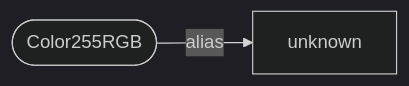
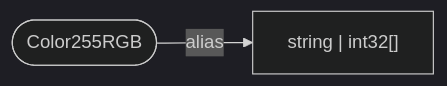
One commit to bedrock-v/protocol-docs changed the diagram in schemas/types/Color255RGB.md. Above: the diagram before and after it, drawn with Mermaid (dark theme). The commit also changed 114 other files, not shown here.

````diff
--- a/schemas/types/Color255RGB.md
+++ b/schemas/types/Color255RGB.md
@@ -5,4 +5,4 @@
 ```mermaid
 flowchart LR
-  ROOT(["Color255RGB"]) -->|alias| unknown["unknown"]
+  ROOT(["Color255RGB"]) -->|alias| string___int32["string | int32[]"]
 ```
````
